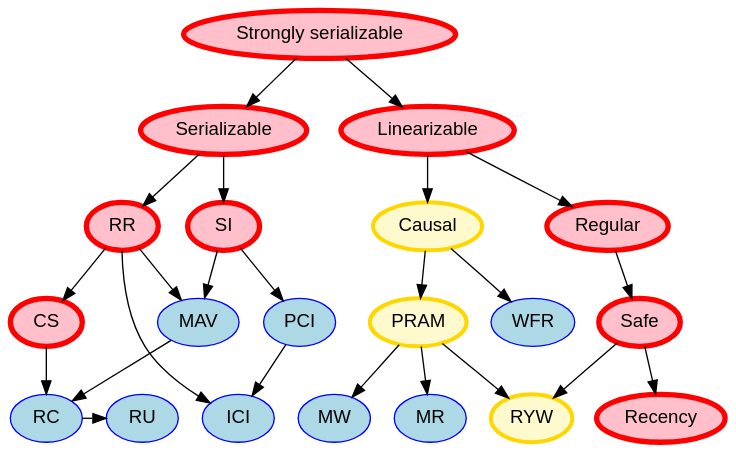
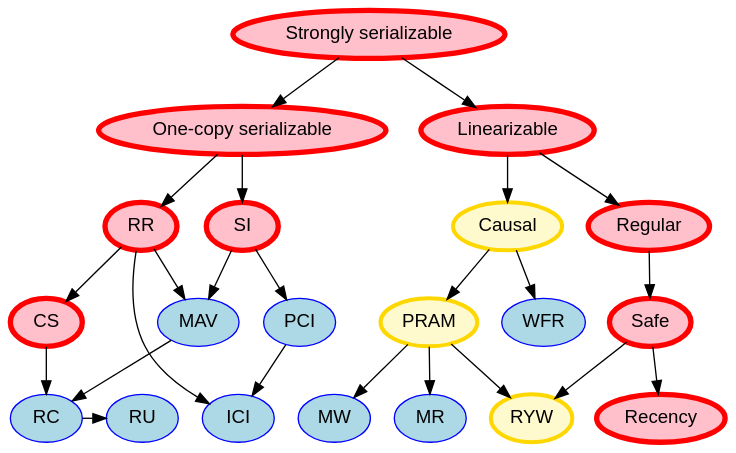
One commit to lvh/DistributedSystems101 changed the diagram in media/ConsistencyModels.dot. Above: the diagram before and after it, drawn with Graphviz. The commit also changed 2 other files, not shown here.

Commit message:
Graphics

```diff
--- a/media/ConsistencyModels.dot
+++ b/media/ConsistencyModels.dot
@@ -1,78 +1,78 @@
 // This information was taken from:
 
 // Highly Available Transactions: Virtues and Limitations
 // Peter Bailis, Aaron Davidson, Alan Fekete, Ali Ghodsi, Joseph M. Hellerstein, Ion Stoica
 // http://www.bailis.org/papers/hat-vldb2014.pdf
 
 digraph ConsistencyModels {
 
 bgcolor="transparent";
 node [fontname="Helvetica"];
 
 subgraph Available {
 	node [style=filled,color=blue,fillcolor="LightBlue", penwidth=1];       
 
         {
                 rank=same;
                 RU;
                 RC;
         }
         MAV;
         ICI;
         PCI;
         WFR;
         MR;
         MW;
 }
 
 subgraph Sticky {
 	node [style=filled,color="Gold",fillcolor="LemonChiffon", penwidth=3];       
 
         RYW;
         PRAM;
         Causal;        
 }
 
 subgraph Unavailable {
 	node [style=filled,color=red,fillcolor="Pink", penwidth=4];
         
         CS;
         RR;
         SI;
-        OSR [label="Serializable"];
+        OSR [label="One-copy serializable"];
         Recency;
         Safe;
         Regular;
         Linearizable;
         StrongOSR [label="Strongly serializable"];
 }
 
 // Unavailable <- Unavailable
 StrongOSR -> Linearizable -> Regular -> Safe -> Recency;
 StrongOSR -> OSR -> RR -> CS;
 OSR -> SI;
 
 // Sticky <-  Unavailable
 Safe -> RYW;
 Linearizable -> Causal;
 
 // Sticky <- Sticky
 Causal -> PRAM -> RYW;
 
 // Available <- Unavailable
 CS -> RC;
 RR -> MAV;
 SI -> MAV;
 SI -> PCI;
 RR -> ICI;
 
 // Available <- Sticky
 Causal -> WFR;
 PRAM -> MR;
 PRAM -> MW;
 
 // Available <- Available
 MAV -> RC -> RU;
 PCI -> ICI;
 
 }
```
